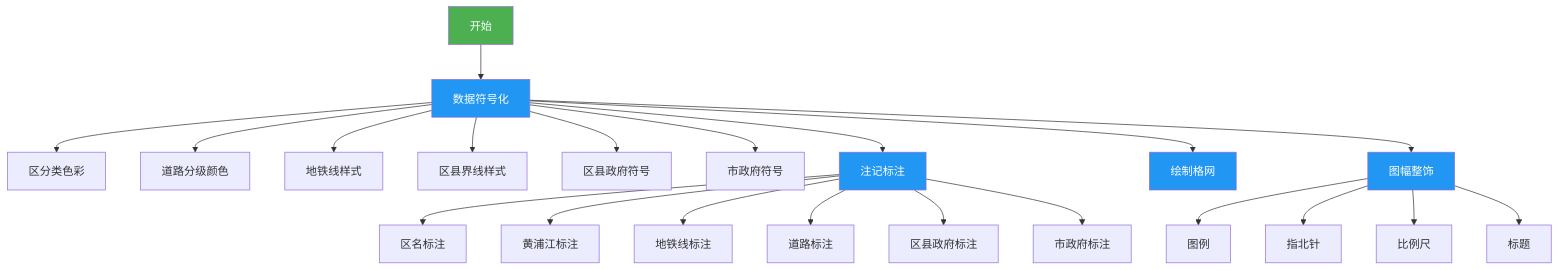
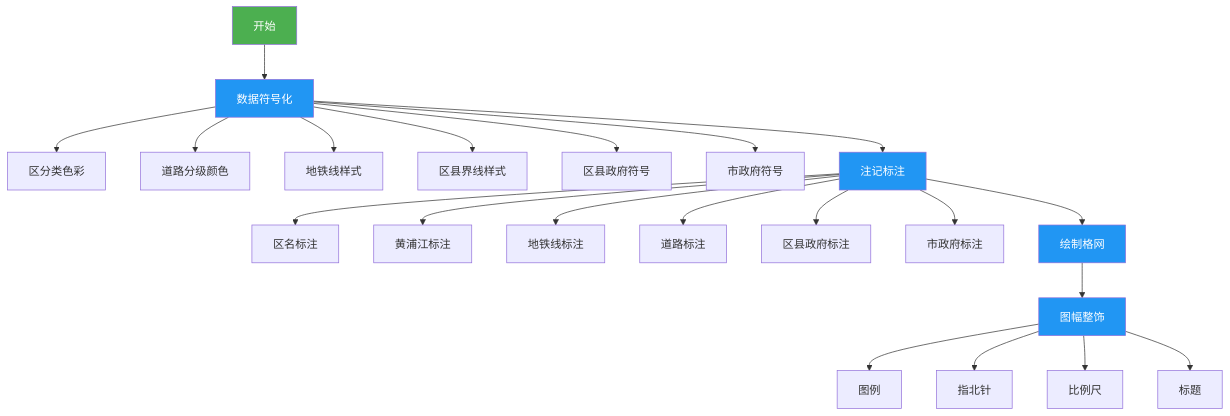
The diagram in all/未命名.md (newguser/iodraw-files), drawn with Mermaid before and after one commit.

Commit message:
2025-02-27 10:44:21 update

````diff
--- a/all/未命名.md
+++ b/all/未命名.md
@@ -1,30 +1,30 @@
 ```mermaid
 graph TD
     A[开始] --> B[数据符号化]
     B --> B1[区分类色彩]
     B --> B2[道路分级颜色]
     B --> B3[地铁线样式]
     B --> B4[区县界线样式]
     B --> B5[区县政府符号]
     B --> B6[市政府符号]
 
     B --> C[注记标注]
     C --> C1[区名标注]
     C --> C2[黄浦江标注]
     C --> C3[地铁线标注]
     C --> C4[道路标注]
     C --> C5[区县政府标注]
     C --> C6[市政府标注]
 
-    B --> D[绘制格网]
-    B --> E[图幅整饰]
+    C --> D[绘制格网]
+    D --> E[图幅整饰]
     E --> E1[图例]
     E --> E2[指北针]
     E --> E3[比例尺]
     E --> E4[标题]
 
 
     style A fill:#4CAF50,color:white
     classDef process fill:#2196F3,color:white;
     class B,C,D,E process
 ```
````
